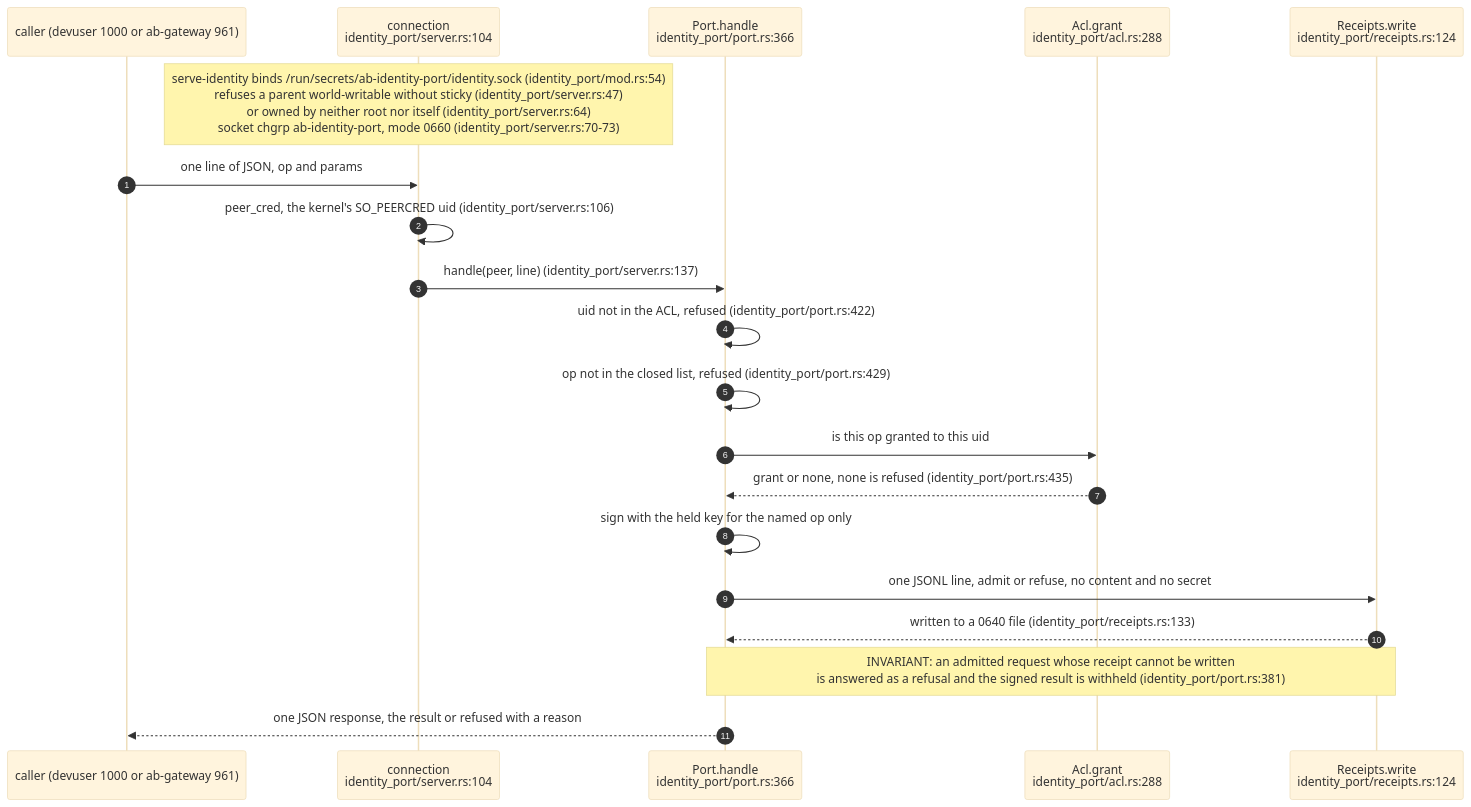
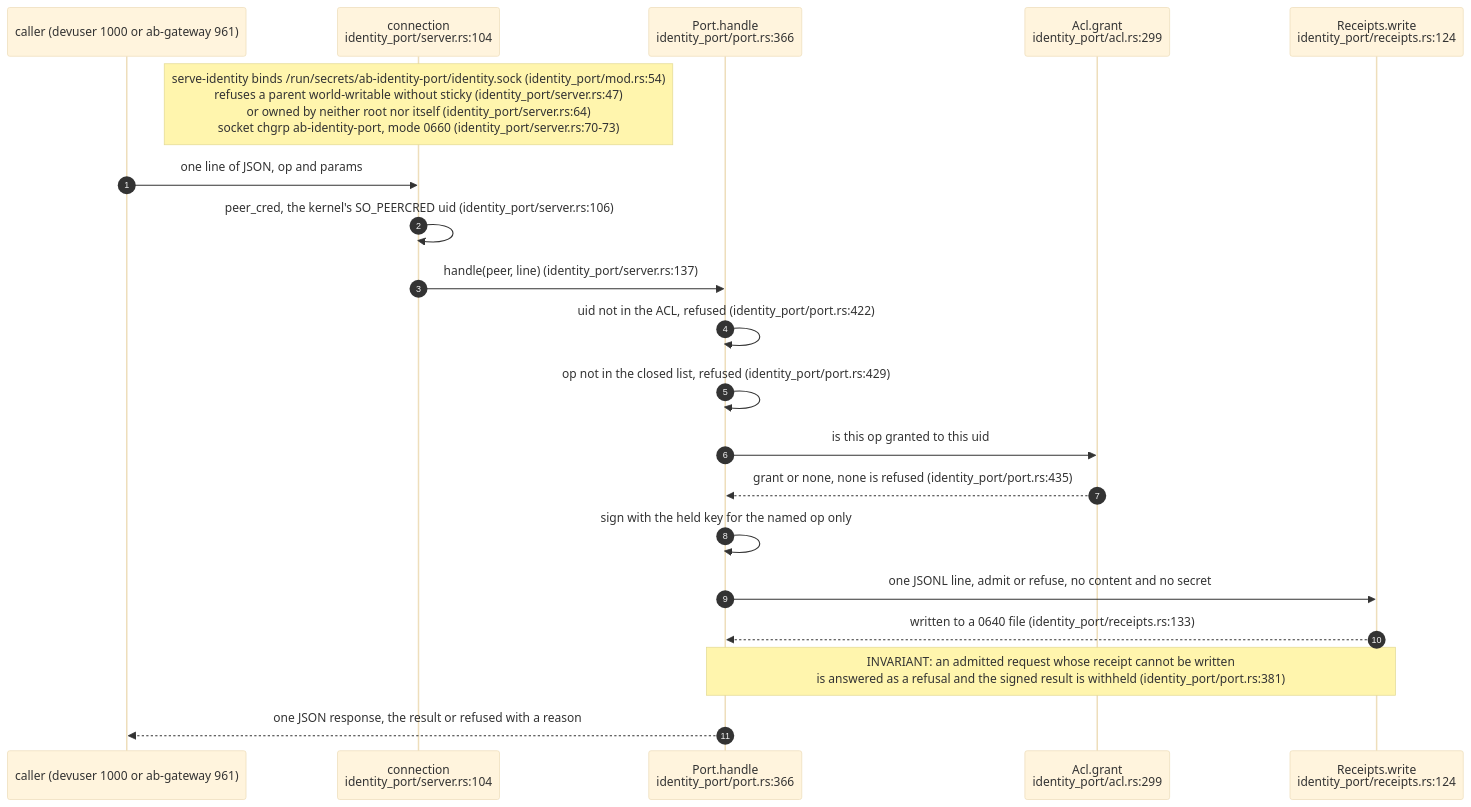
One commit to DreamLab-AI/VisionFlow changed the fourth of 9 diagrams in docs/diagrams/agentbox/36-role-isolation-and-identity-port.md. Above: the diagram before and after it, drawn with Mermaid (base theme). The commit also changed other lines of this file and 6 other files, not shown here.

First line of the commit message:
docs(diagrams): agentbox pass B at agentbox 1ea5494 (PRs #52, #53)

````diff
--- a/docs/diagrams/agentbox/36-role-isolation-and-identity-port.md
+++ b/docs/diagrams/agentbox/36-role-isolation-and-identity-port.md
@@ -164,22 +164,22 @@
 ```mermaid
 sequenceDiagram
     autonumber
     participant C as caller (devuser 1000 or ab-gateway 961)
     participant S as connection<br/>identity_port/server.rs:104
     participant P as Port.handle<br/>identity_port/port.rs:366
-    participant A as Acl.grant<br/>identity_port/acl.rs:288
+    participant A as Acl.grant<br/>identity_port/acl.rs:299
     participant R as Receipts.write<br/>identity_port/receipts.rs:124
     Note over S: serve-identity binds /run/secrets/ab-identity-port/identity.sock (identity_port/mod.rs:54)<br/>refuses a parent world-writable without sticky (identity_port/server.rs:47)<br/>or owned by neither root nor itself (identity_port/server.rs:64)<br/>socket chgrp ab-identity-port, mode 0660 (identity_port/server.rs:70-73)
     C->>S: one line of JSON, op and params
     S->>S: peer_cred, the kernel's SO_PEERCRED uid (identity_port/server.rs:106)
     S->>P: handle(peer, line) (identity_port/server.rs:137)
     P->>P: uid not in the ACL, refused (identity_port/port.rs:422)
     P->>P: op not in the closed list, refused (identity_port/port.rs:429)
     P->>A: is this op granted to this uid
     A-->>P: grant or none, none is refused (identity_port/port.rs:435)
     P->>P: sign with the held key for the named op only
     P->>R: one JSONL line, admit or refuse, no content and no secret
     R-->>P: written to a 0640 file (identity_port/receipts.rs:133)
     Note over P,R: INVARIANT: an admitted request whose receipt cannot be written<br/>is answered as a refusal and the signed result is withheld (identity_port/port.rs:381)
     P-->>C: one JSON response, the result or refused with a reason
 ```
````
